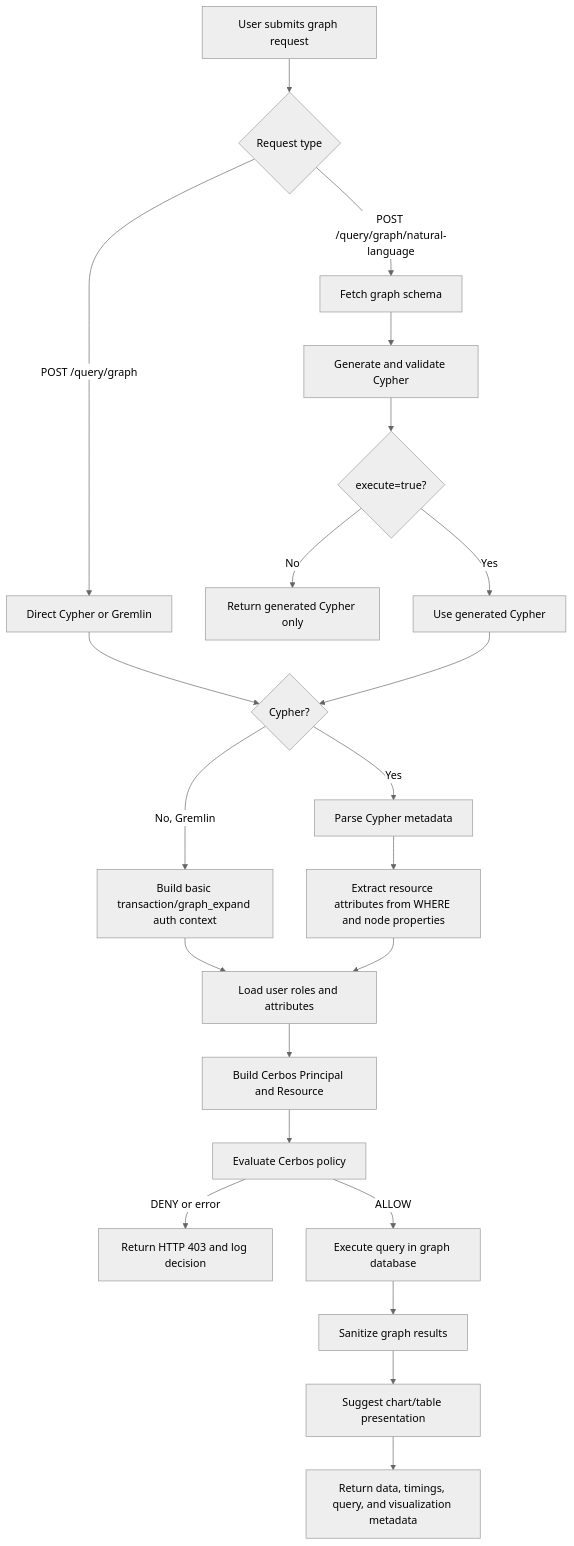
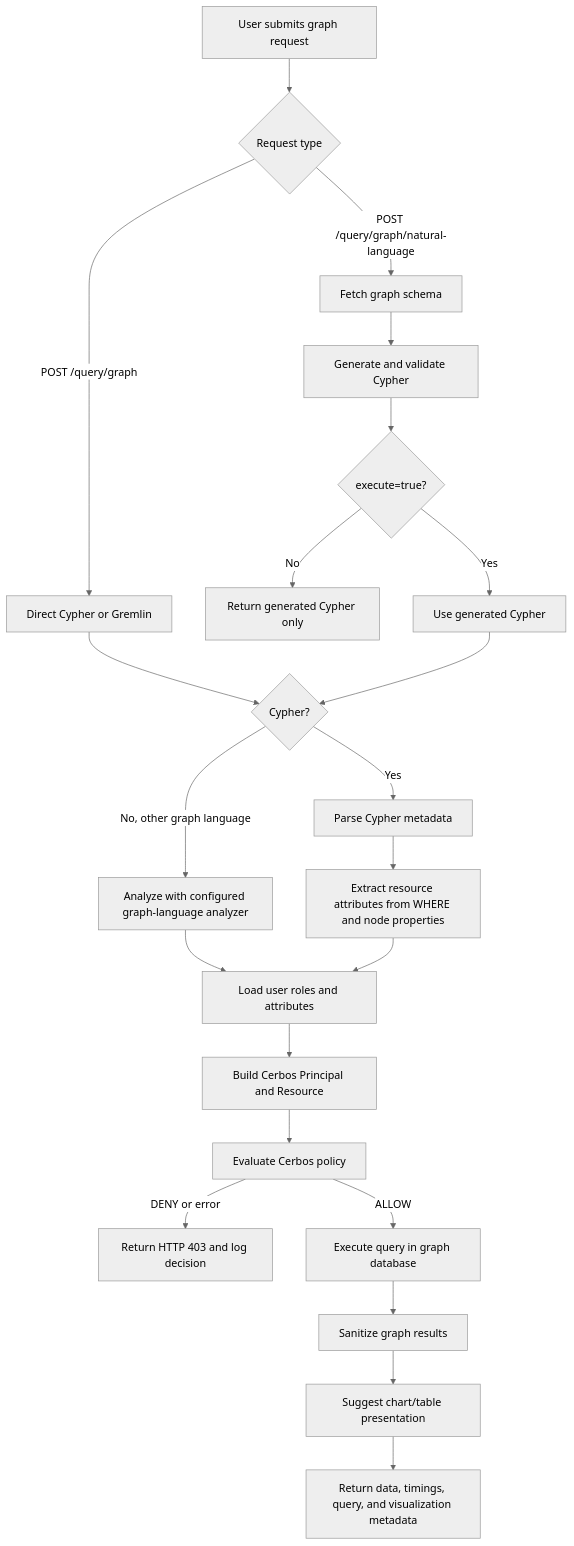
One commit to stugorf/pg-cerbos changed the diagram in docs/CYPHER_QUERY_LIFECYCLE.md. Above: the diagram before and after it, drawn with Mermaid (neutral theme). The commit also changed other lines of this file and 23 other files, not shown here.

Commit message:
enh: add graph query analyzer adapters

````diff
--- a/docs/CYPHER_QUERY_LIFECYCLE.md
+++ b/docs/CYPHER_QUERY_LIFECYCLE.md
@@ -17,24 +17,24 @@
 ```mermaid
 flowchart TD
     A[User submits graph request] --> B{Request type}
     B -->|POST /query/graph| C[Direct Cypher or Gremlin]
     B -->|POST /query/graph/natural-language| D[Fetch graph schema]
     D --> E[Generate and validate Cypher]
     E --> F{execute=true?}
     F -->|No| G[Return generated Cypher only]
     F -->|Yes| H[Use generated Cypher]
     C --> I{Cypher?}
     H --> I
-    I -->|No, Gremlin| J[Build basic transaction/graph_expand auth context]
+    I -->|No, other graph language| J[Analyze with configured graph-language analyzer]
     I -->|Yes| K[Parse Cypher metadata]
     K --> L[Extract resource attributes from WHERE and node properties]
     J --> M[Load user roles and attributes]
     L --> M
     M --> N[Build Cerbos Principal and Resource]
     N --> O[Evaluate Cerbos policy]
     O -->|DENY or error| P[Return HTTP 403 and log decision]
     O -->|ALLOW| Q[Execute query in graph database]
     Q --> R[Sanitize graph results]
     R --> S[Suggest chart/table presentation]
     S --> T[Return data, timings, query, and visualization metadata]
 ```
````
